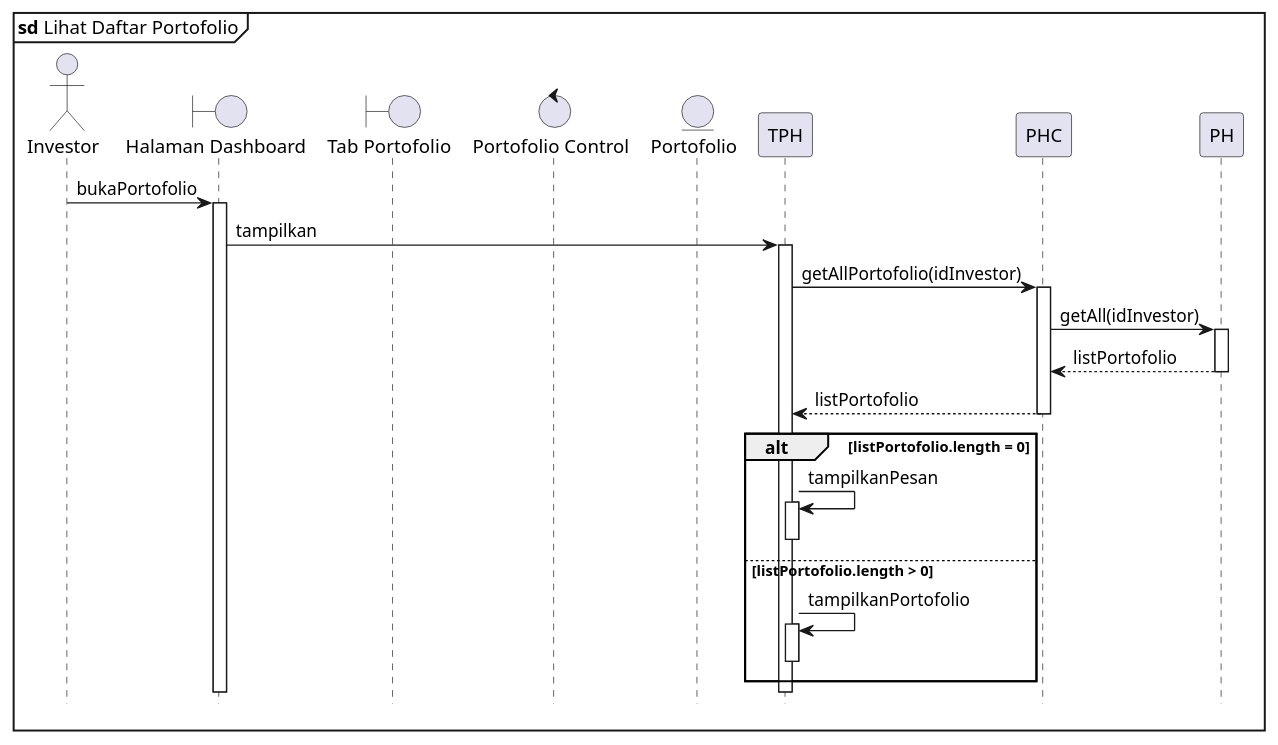
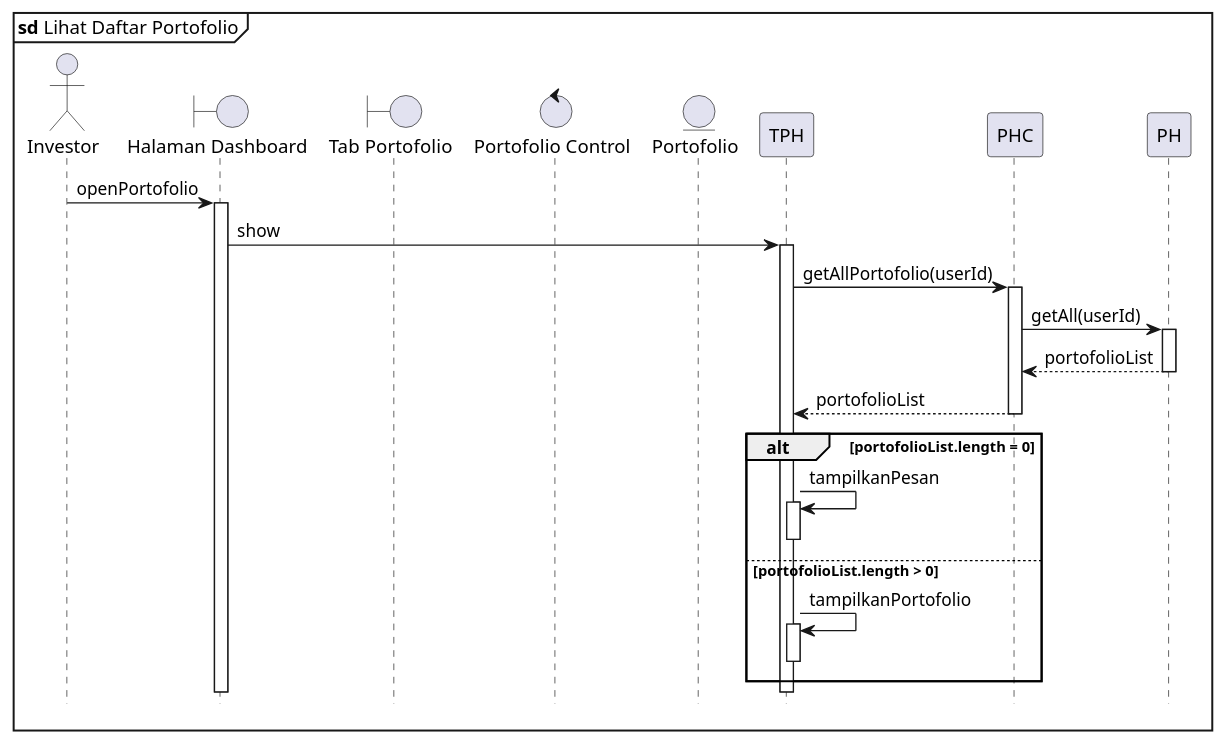
One commit to clarestarahma/manajemen-investasi changed the diagram in sequence/lihat-daftar-portofolio.puml. Above: the diagram before and after it, drawn with PlantUML. The commit also changed 12 other files, not shown here.

```diff
--- a/sequence/lihat-daftar-portofolio.puml
+++ b/sequence/lihat-daftar-portofolio.puml
@@ -1,29 +1,29 @@
 @startuml Sequence
 
 hide footbox
 autoactivate on
 
 mainframe **sd** Lihat Daftar Portofolio
 
 actor Investor as I
 boundary "Halaman Dashboard" as HD
 boundary "Tab Portofolio" as TP
 control "Portofolio Control" as PC
 entity "Portofolio" as P
 
-I -> HD : bukaPortofolio
-HD -> TPH : tampilkan
-TPH -> PHC : getAllPortofolio(idInvestor)
-PHC -> PH : getAll(idInvestor)
-PH --> PHC : listPortofolio
-PHC --> TPH : listPortofolio
+I -> HD : openPortofolio
+HD -> TPH : show
+TPH -> PHC : getAllPortofolio(userId)
+PHC -> PH : getAll(userId)
+PH --> PHC : portofolioList
+PHC --> TPH : portofolioList
 
-alt listPortofolio.length = 0
+alt portofolioList.length = 0
   TPH -> TPH : tampilkanPesan
   deactivate TPH
-else listPortofolio.length > 0
+else portofolioList.length > 0
   TPH -> TPH : tampilkanPortofolio
   deactivate TPH
 end
 
 @enduml
```
